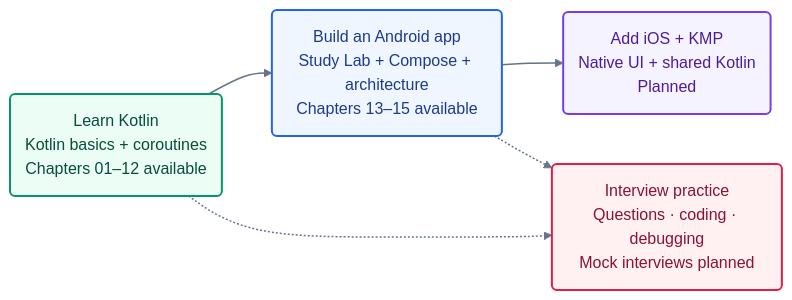
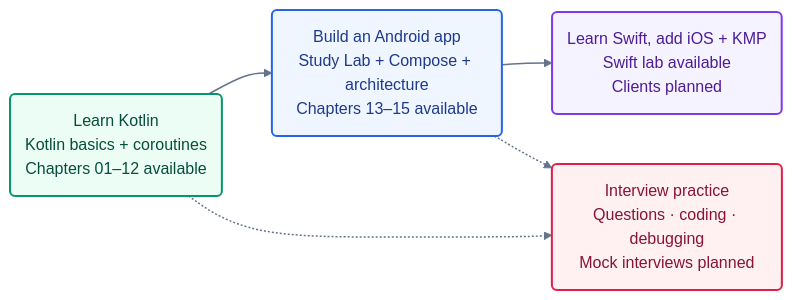
The diagram in README.md (roshanevala/Kotlin-101-The-Mobile-Workshop), drawn with Mermaid before and after one commit. The commit also changed other lines of this file and 28 other files, not shown here.

Commit message:
feat: add chapter 16 Swift for Kotlin developers

````diff
--- a/README.md
+++ b/README.md
@@ -11,20 +11,20 @@
 ```mermaid
 flowchart LR
     accTitle: From Kotlin basics to a mobile app and interview practice
     accDescr: Start with the available Kotlin lessons. Build an Android app, then add iOS and shared Kotlin logic in planned stages. Practise lesson questions and debugging along the way; dedicated coding challenges and mock interviews are planned.
 
     K("Learn Kotlin<br/>Kotlin basics + coroutines<br/>Chapters 01–12 available"):::basics
     A("Build an Android app<br/>Study Lab + Compose + architecture<br/>Chapters 13–15 available"):::android
-    M("Add iOS + KMP<br/>Native UI + shared Kotlin<br/>Planned"):::multiplatform
+    M("Learn Swift, add iOS + KMP<br/>Swift lab available<br/>Clients planned"):::multiplatform
     I("Interview practice<br/>Questions · coding · debugging<br/>Mock interviews planned"):::interview
 
     K --> A --> M
     K -.-> I
     A -.-> I
 
     classDef basics fill:#ecfdf5,stroke:#059669,color:#064e3b,stroke-width:2px
     classDef android fill:#eff6ff,stroke:#2563eb,color:#1e3a8a,stroke-width:2px
     classDef multiplatform fill:#f5f3ff,stroke:#7c3aed,color:#4c1d95,stroke-width:2px
     classDef interview fill:#fff1f2,stroke:#e11d48,color:#881337,stroke-width:2px
     linkStyle default stroke:#64748b,stroke-width:1.5px
 ```
````
